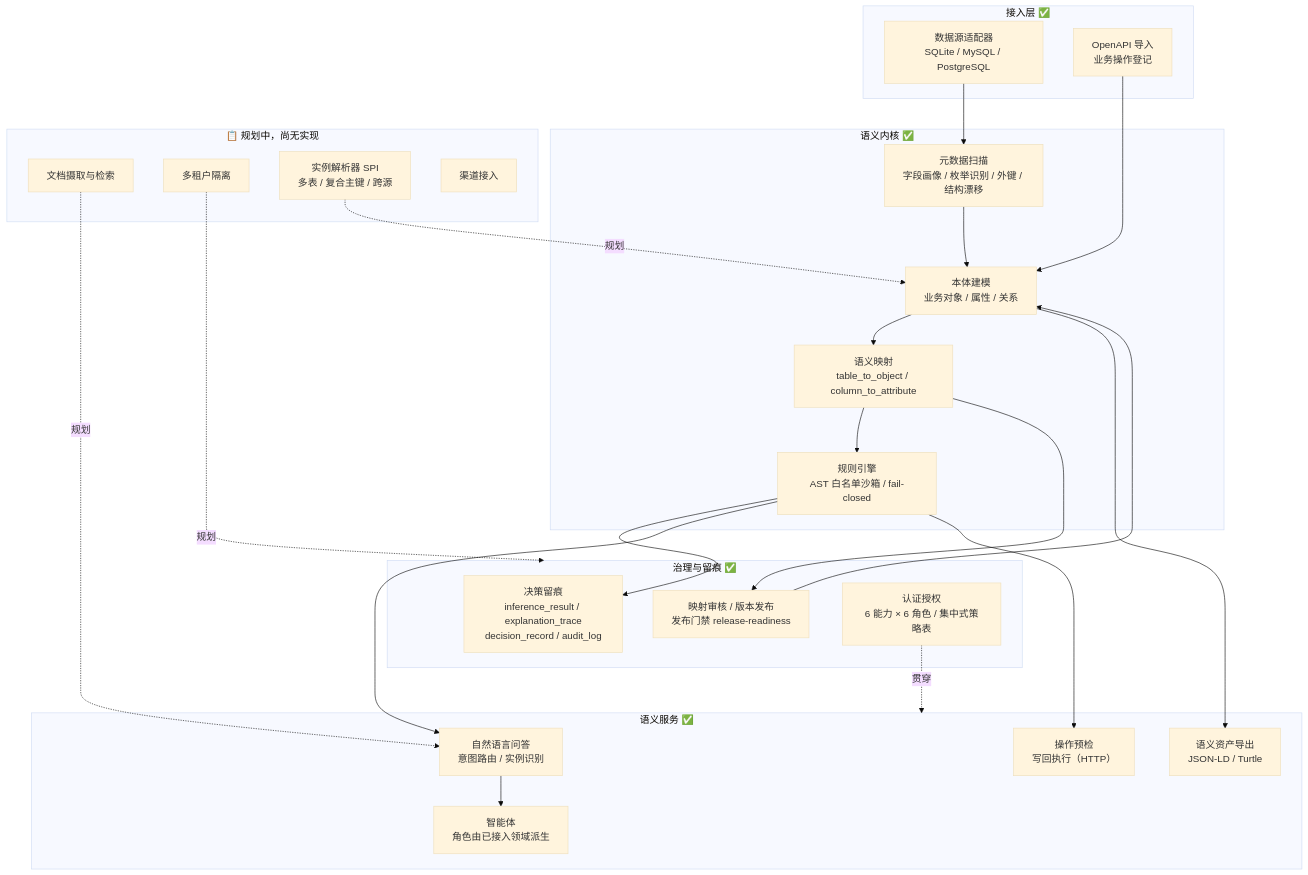
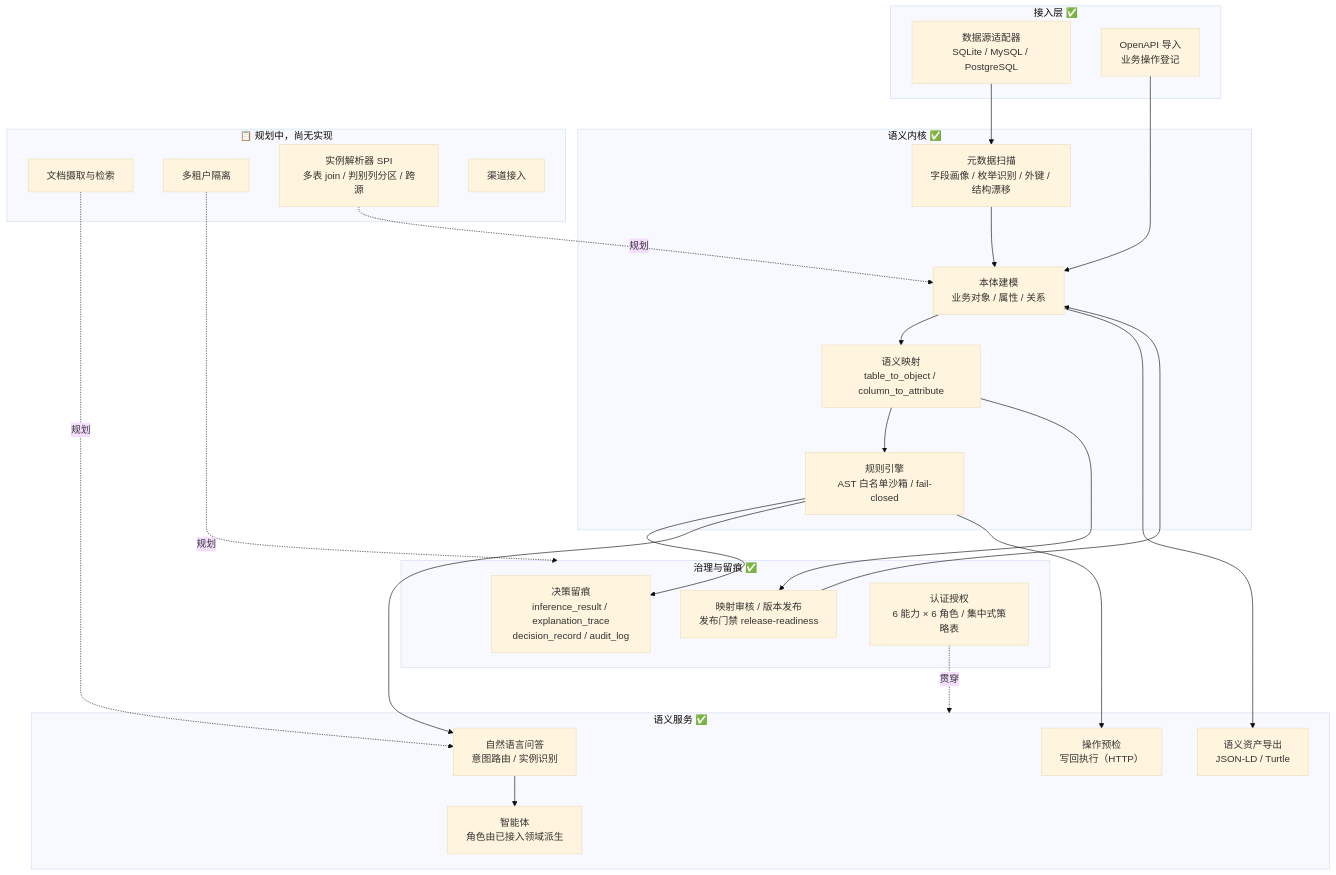
One commit to S0ra-ai/Aletheia-onto changed the diagram in README.md. Above: the diagram before and after it, drawn with Mermaid (base theme). The commit also changed other lines of this file and 5 other files, not shown here.

First line of the commit message:
docs: sync README, ROADMAP and debt list with the phase-two work

````diff
--- a/README.md
+++ b/README.md
@@ -153,47 +153,47 @@
 ```mermaid
 flowchart TB
     subgraph L1["接入层 ✅"]
         DS["数据源适配器<br/>SQLite / MySQL / PostgreSQL"]
         OAPI["OpenAPI 导入<br/>业务操作登记"]
     end
 
     subgraph L2["语义内核 ✅"]
         META["元数据扫描<br/>字段画像 / 枚举识别 / 外键 / 结构漂移"]
         ONTO["本体建模<br/>业务对象 / 属性 / 关系"]
         MAP["语义映射<br/>table_to_object / column_to_attribute"]
         RULE["规则引擎<br/>AST 白名单沙箱 / fail-closed"]
     end
 
     subgraph L3["治理与留痕 ✅"]
         GOV["映射审核 / 版本发布<br/>发布门禁 release-readiness"]
         TRACE["决策留痕<br/>inference_result / explanation_trace<br/>decision_record / audit_log"]
         AUTH["认证授权<br/>6 能力 × 6 角色 / 集中式策略表"]
     end
 
     subgraph L4["语义服务 ✅"]
         NL["自然语言问答<br/>意图路由 / 实例识别"]
         AGENT["智能体<br/>角色由已接入领域派生"]
         PRE["操作预检<br/>写回执行（HTTP）"]
         EXPORT["语义资产导出<br/>JSON-LD / Turtle"]
     end
 
     subgraph L5["📋 规划中，尚无实现"]
         RAG["文档摄取与检索"]
         TENANT["多租户隔离"]
-        RESOLVER["实例解析器 SPI<br/>多表 / 复合主键 / 跨源"]
+        RESOLVER["实例解析器 SPI<br/>多表 join / 判别列分区 / 跨源"]
         CHAN["渠道接入"]
     end
 
     DS --> META --> ONTO --> MAP --> RULE
     OAPI --> ONTO
     MAP --> GOV
     RULE --> TRACE
     GOV --> ONTO
     RULE --> NL --> AGENT
     RULE --> PRE
     ONTO --> EXPORT
     AUTH -.->|贯穿| L4
     RAG -.->|规划| NL
     RESOLVER -.->|规划| ONTO
     TENANT -.->|规划| L3
 ```
````
